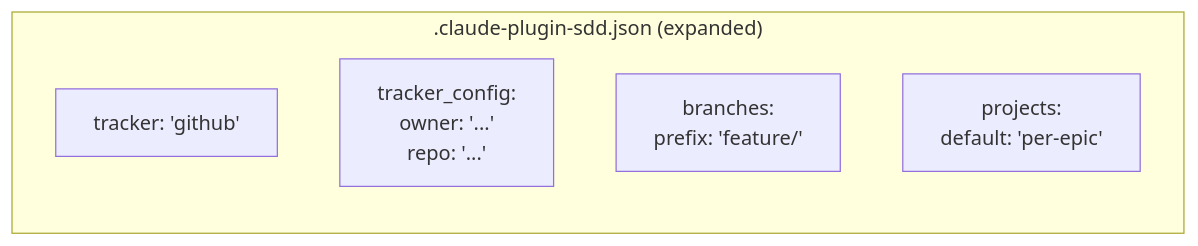
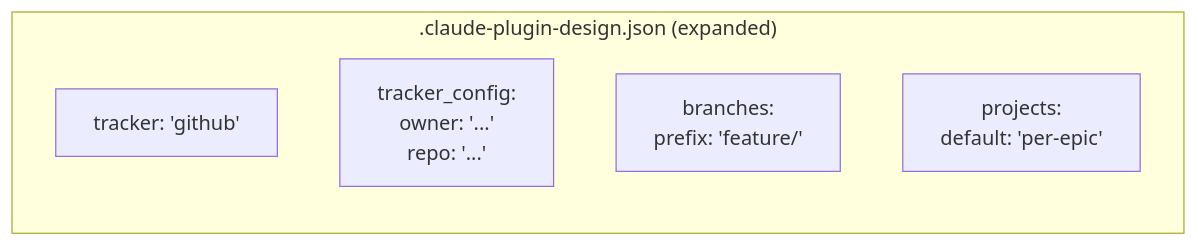
Before and after one commit to joestump/claude-plugin-sdd: the second of 2 diagrams in docs/adrs/ADR-0009-project-grouping-and-developer-workflow-conventions.md, drawn with Mermaid. The commit also changed other lines of this file and 33 other files, not shown here.

````diff
--- a/docs/adrs/ADR-0009-project-grouping-and-developer-workflow-conventions.md
+++ b/docs/adrs/ADR-0009-project-grouping-and-developer-workflow-conventions.md
@@ -156,9 +156,9 @@
 ```mermaid
 flowchart LR
-    subgraph ".claude-plugin-sdd.json (expanded)"
+    subgraph ".claude-plugin-design.json (expanded)"
         tracker["tracker: 'github'"]
         tracker_config["tracker_config:\n  owner: '...'\n  repo: '...'"]
         branches["branches:\n  prefix: 'feature/'"]
         projects["projects:\n  default: 'per-epic'"]
     end
 ```
````
